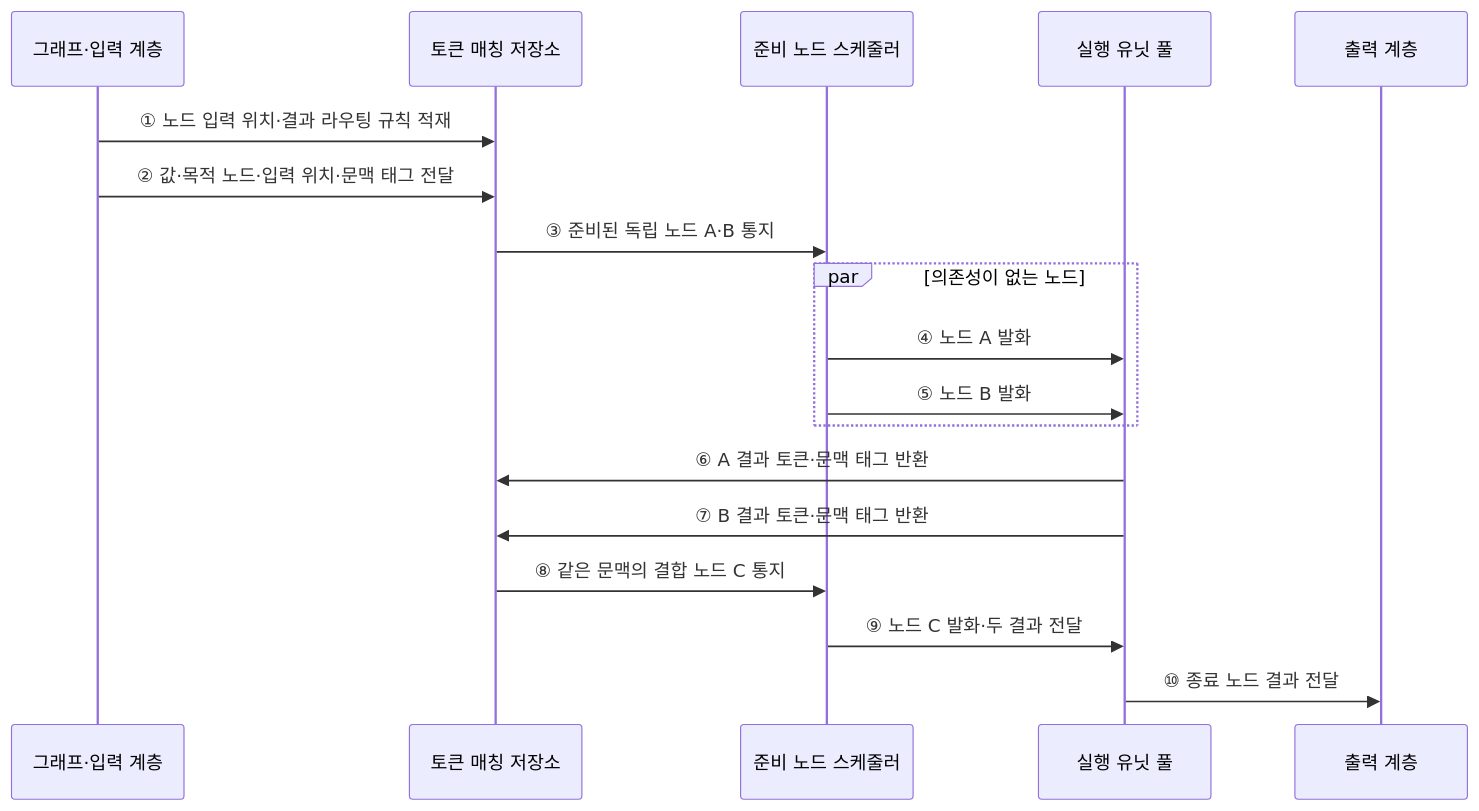
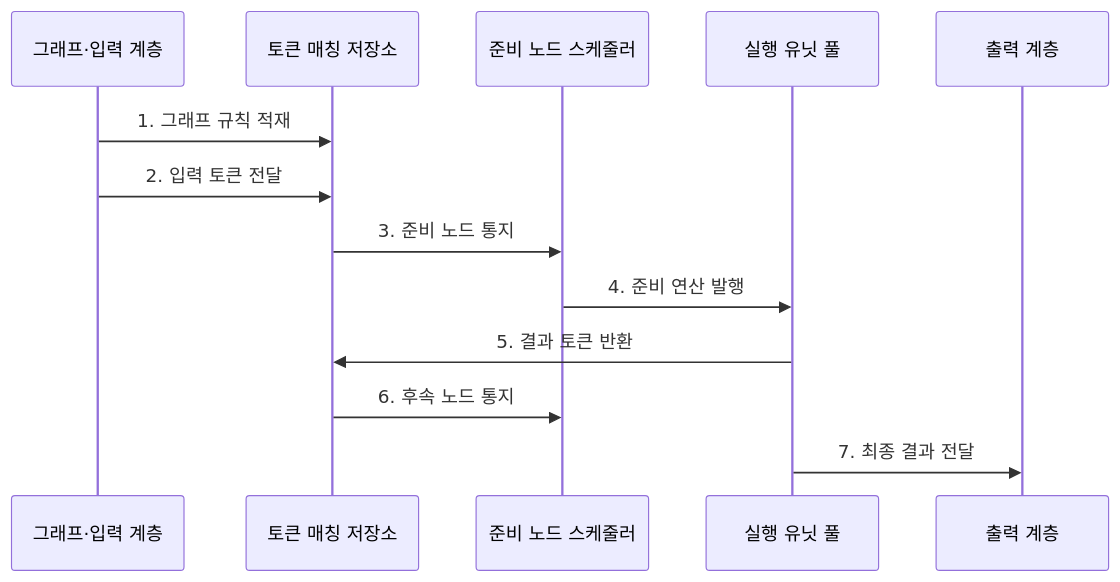
Before and after one commit to agnusdei1207/knowledge-base: the second of 2 diagrams in src/content/docs/notes/02-hardware/077_dataflow_computer.md, drawn with Mermaid. The commit also changed other lines of this file and 20 other files, not shown here.

````diff
--- a/src/content/docs/notes/02-hardware/077_dataflow_computer.md
+++ b/src/content/docs/notes/02-hardware/077_dataflow_computer.md
@@ -73,21 +83,16 @@
 ```mermaid
 sequenceDiagram
     participant G as 그래프·입력 계층
     participant M as 토큰 매칭 저장소
     participant S as 준비 노드 스케줄러
     participant E as 실행 유닛 풀
     participant O as 출력 계층
 
-    G->>M: ① 노드 입력 위치·결과 라우팅 규칙 적재
-    G->>M: ② 값·목적 노드·입력 위치·문맥 태그 전달
-    M->>S: ③ 준비된 독립 노드 A·B 통지
-    par 의존성이 없는 노드
-        S->>E: ④ 노드 A 발화
-        S->>E: ⑤ 노드 B 발화
-    end
-    E->>M: ⑥ A 결과 토큰·문맥 태그 반환
-    E->>M: ⑦ B 결과 토큰·문맥 태그 반환
-    M->>S: ⑧ 같은 문맥의 결합 노드 C 통지
-    S->>E: ⑨ 노드 C 발화·두 결과 전달
-    E->>O: ⑩ 종료 노드 결과 전달
+    G->>M: 1. 그래프 규칙 적재
+    G->>M: 2. 입력 토큰 전달
+    M->>S: 3. 준비 노드 통지
+    S->>E: 4. 준비 연산 발행
+    E->>M: 5. 결과 토큰 반환
+    M->>S: 6. 후속 노드 통지
+    E->>O: 7. 최종 결과 전달
 ```
````
